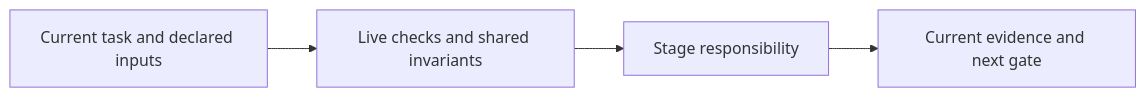
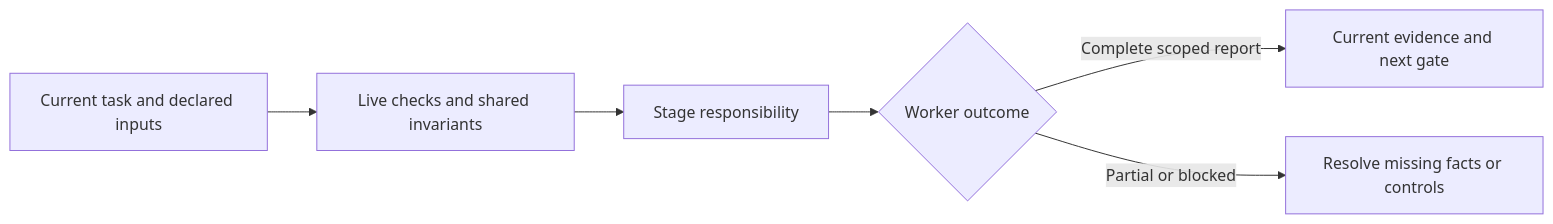
One commit to wgentil/devflow changed the diagram in skills/build-work/SKILL.md. Above: the diagram before and after it, drawn with Mermaid. The commit also changed other lines of this file and 23 other files, not shown here.

````diff
--- a/skills/build-work/SKILL.md
+++ b/skills/build-work/SKILL.md
@@ -14,6 +14,8 @@
 ```mermaid
 flowchart LR
     Scope[Current task and declared inputs] --> Checks[Live checks and shared invariants]
     Checks --> Work[Stage responsibility]
-    Work --> Evidence[Current evidence and next gate]
+    Work --> Result{Worker outcome}
+    Result -->|Complete scoped report| Evidence[Current evidence and next gate]
+    Result -->|Partial or blocked| Recover[Resolve missing facts or controls]
 ```
````
